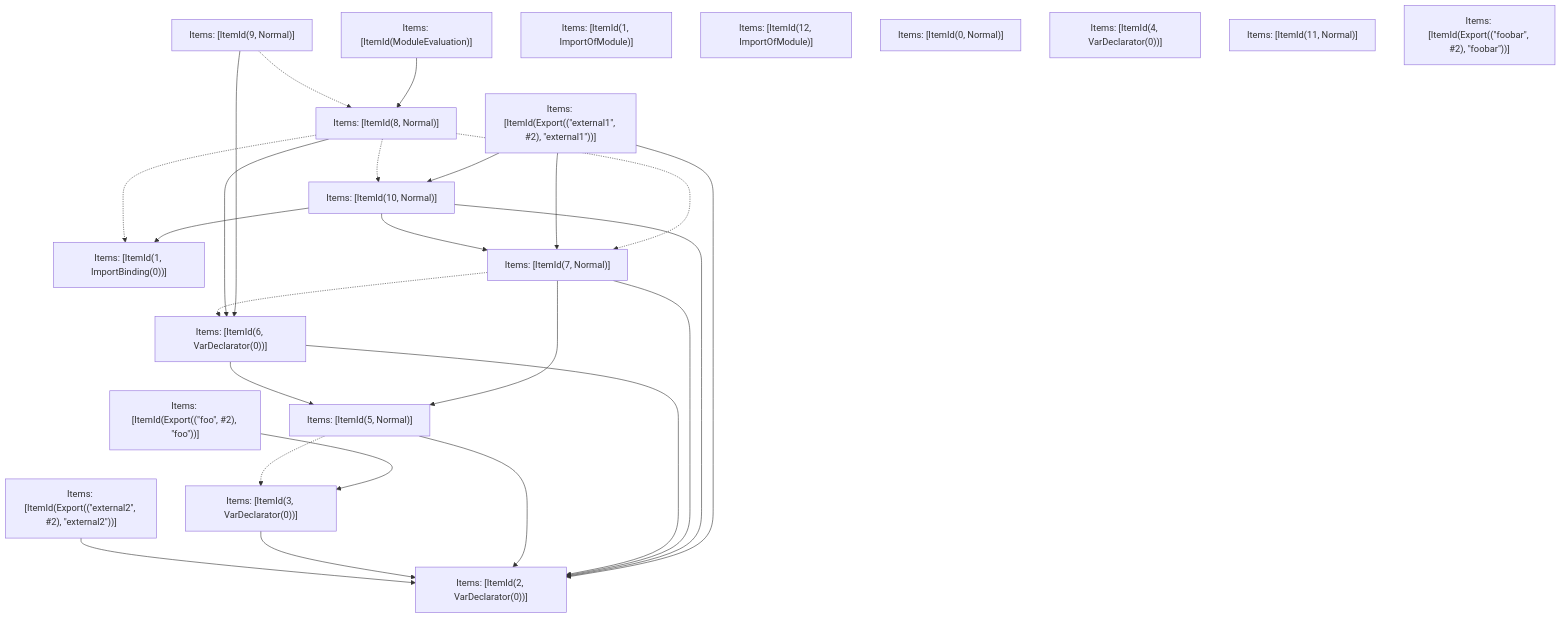
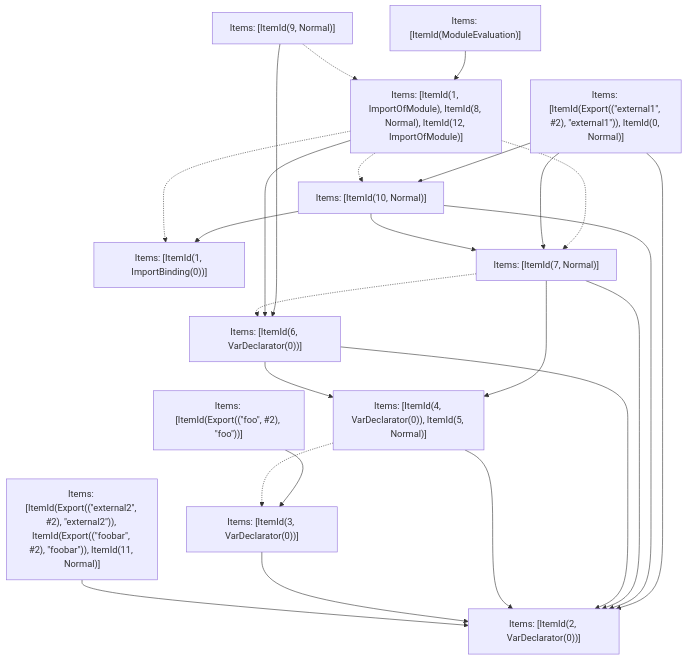
One commit to Sonar-UX-Testing-FreePlan/next.js changed the fifth of 5 diagrams in turbopack/crates/turbopack-ecmascript/tests/tree-shaker/analyzer/2/output.md. Above: the diagram before and after it, drawn with Mermaid. The commit also changed other lines of this file and 38 other files, not shown here.

````diff
--- a/turbopack/crates/turbopack-ecmascript/tests/tree-shaker/analyzer/2/output.md
+++ b/turbopack/crates/turbopack-ecmascript/tests/tree-shaker/analyzer/2/output.md
@@ -356,45 +356,39 @@
 ```mermaid
 graph TD
     N0["Items: [ItemId(ModuleEvaluation)]"];
-    N1["Items: [ItemId(Export((&quot;external1&quot;, #2), &quot;external1&quot;))]"];
-    N2["Items: [ItemId(Export((&quot;external2&quot;, #2), &quot;external2&quot;))]"];
+    N1["Items: [ItemId(Export((&quot;external1&quot;, #2), &quot;external1&quot;)), ItemId(0, Normal)]"];
+    N2["Items: [ItemId(Export((&quot;external2&quot;, #2), &quot;external2&quot;)), ItemId(Export((&quot;foobar&quot;, #2), &quot;foobar&quot;)), ItemId(11, Normal)]"];
     N3["Items: [ItemId(Export((&quot;foo&quot;, #2), &quot;foo&quot;))]"];
-    N4["Items: [ItemId(1, ImportBinding(0))]"];
-    N5["Items: [ItemId(2, VarDeclarator(0))]"];
-    N6["Items: [ItemId(3, VarDeclarator(0))]"];
-    N7["Items: [ItemId(5, Normal)]"];
-    N8["Items: [ItemId(6, VarDeclarator(0))]"];
-    N9["Items: [ItemId(7, Normal)]"];
-    N10["Items: [ItemId(8, Normal)]"];
+    N4["Items: [ItemId(1, ImportOfModule), ItemId(8, Normal), ItemId(12, ImportOfModule)]"];
+    N5["Items: [ItemId(1, ImportBinding(0))]"];
+    N6["Items: [ItemId(2, VarDeclarator(0))]"];
+    N7["Items: [ItemId(3, VarDeclarator(0))]"];
+    N8["Items: [ItemId(4, VarDeclarator(0)), ItemId(5, Normal)]"];
+    N9["Items: [ItemId(6, VarDeclarator(0))]"];
+    N10["Items: [ItemId(7, Normal)]"];
     N11["Items: [ItemId(9, Normal)]"];
     N12["Items: [ItemId(10, Normal)]"];
-    N13["Items: [ItemId(1, ImportOfModule)]"];
-    N14["Items: [ItemId(12, ImportOfModule)]"];
-    N15["Items: [ItemId(0, Normal)]"];
-    N16["Items: [ItemId(4, VarDeclarator(0))]"];
-    N17["Items: [ItemId(11, Normal)]"];
-    N18["Items: [ItemId(Export((&quot;foobar&quot;, #2), &quot;foobar&quot;))]"];
-    N2 --> N5;
-    N6 --> N5;
-    N12 --> N9;
-    N7 --> N5;
-    N7 -.-> N6;
-    N8 --> N7;
-    N8 --> N5;
-    N9 --> N7;
-    N9 --> N5;
-    N9 -.-> N8;
+    N2 --> N6;
+    N7 --> N6;
+    N12 --> N10;
+    N8 --> N6;
+    N8 -.-> N7;
+    N9 --> N8;
+    N9 --> N6;
     N10 --> N8;
-    N1 --> N9;
-    N10 -.-> N12;
+    N10 --> N6;
     N10 -.-> N9;
-    N10 -.-> N4;
-    N11 --> N8;
-    N11 -.-> N10;
+    N4 --> N9;
+    N1 --> N10;
+    N4 -.-> N12;
+    N4 -.-> N10;
+    N4 -.-> N5;
+    N11 --> N9;
+    N11 -.-> N4;
+    N12 --> N6;
+    N1 --> N12;
+    N0 --> N4;
+    N3 --> N7;
+    N1 --> N6;
     N12 --> N5;
-    N1 --> N12;
-    N0 --> N10;
-    N3 --> N6;
-    N1 --> N5;
-    N12 --> N4;
 ```
````
